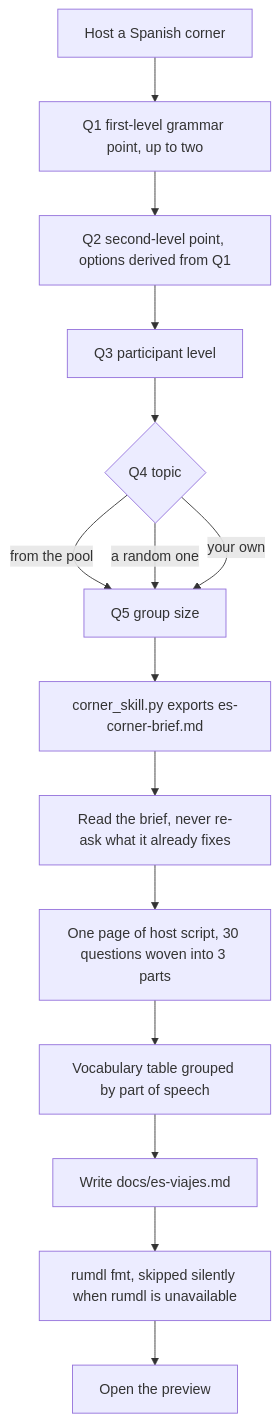
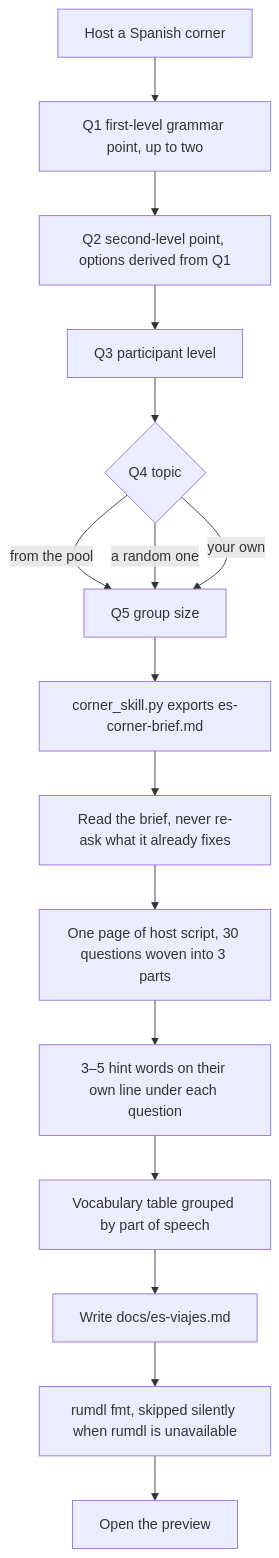
One commit to ivaquero/skills changed the sixth of 10 diagrams in README.en.md. Above: the diagram before and after it, drawn with Mermaid. The commit also changed other lines of this file and 13 other files, not shown here.

````diff
--- a/README.en.md
+++ b/README.en.md
@@ -451,17 +452,18 @@
 ```mermaid
 flowchart TD
     A["Host a Spanish corner"] --> Q1["Q1 first-level grammar point, up to two"]
     Q1 --> Q2["Q2 second-level point, options derived from Q1"]
     Q2 --> Q3["Q3 participant level"]
     Q3 --> Q4{"Q4 topic"}
     Q4 -->|from the pool| Q5
     Q4 -->|a random one| Q5
     Q4 -->|your own| Q5
     Q5["Q5 group size"] --> B["corner_skill.py exports es-corner-brief.md"]
     B --> C["Read the brief, never re-ask what it already fixes"]
     C --> D["One page of host script, 30 questions woven into 3 parts"]
-    D --> E["Vocabulary table grouped by part of speech"]
-    E --> F["Write docs/es-viajes.md"]
-    F --> G["rumdl fmt, skipped silently when rumdl is unavailable"]
-    G --> H["Open the preview"]
+    D --> E["3–5 hint words on their own line under each question"]
+    E --> F["Vocabulary table grouped by part of speech"]
+    F --> G["Write docs/es-viajes.md"]
+    G --> H["rumdl fmt, skipped silently when rumdl is unavailable"]
+    H --> I["Open the preview"]
 ```
````
